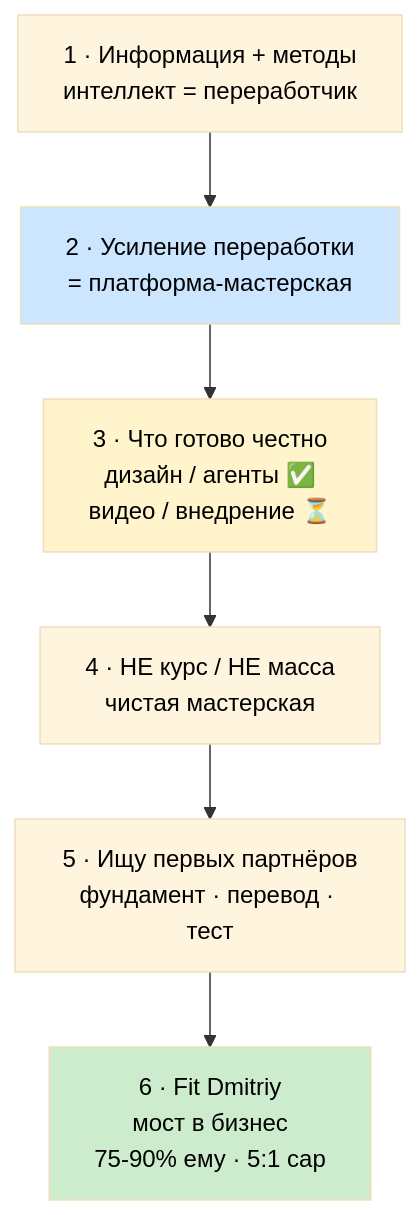
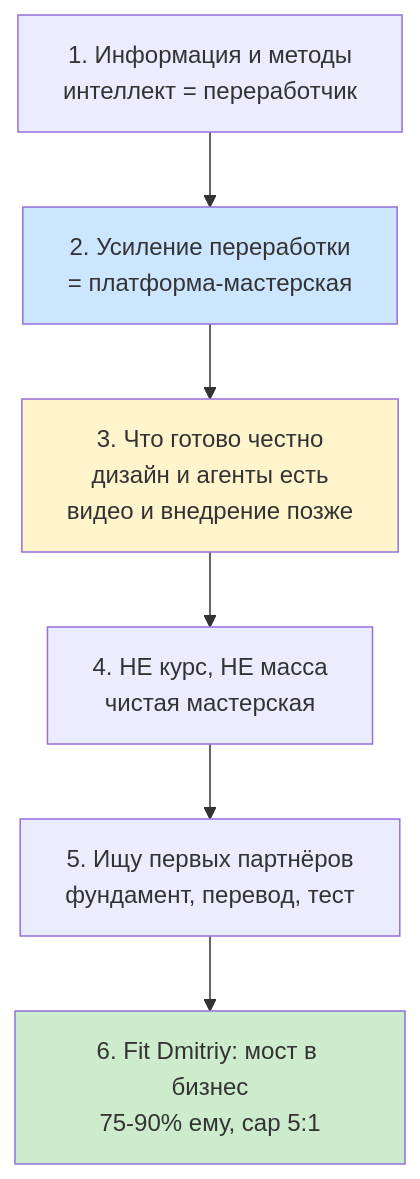
One commit to Bogersebekov/jetix-os changed the second of 5 diagrams in decisions/strategic/CALL-PLAN-DMITRIY-KAISER-2026-05-25.md. Above: the diagram before and after it, drawn with Mermaid. The commit also changed other lines of this file, not shown here.

Commit message:
[call-plan] Dmitriy Kaiser 25.05 — fix mermaid (drop init directive/emoji/unicode; validated 5/5 with mermaid v11)

````diff
--- a/decisions/strategic/CALL-PLAN-DMITRIY-KAISER-2026-05-25.md
+++ b/decisions/strategic/CALL-PLAN-DMITRIY-KAISER-2026-05-25.md
@@ -186,12 +185,11 @@
 ```mermaid
-%%{init: {'theme':'base', 'themeVariables': {'primaryTextColor':'#000','textColor':'#000','lineColor':'#333'}}}%%
 graph TD
-    A["1 · Информация + методы<br/>интеллект = переработчик"] --> B["2 · Усиление переработки<br/>= платформа-мастерская"]
-    B --> C["3 · Что готово честно<br/>дизайн / агенты ✅<br/>видео / внедрение ⏳"]
-    C --> D["4 · НЕ курс / НЕ масса<br/>чистая мастерская"]
-    D --> E["5 · Ищу первых партнёров<br/>фундамент · перевод · тест"]
-    E --> F["6 · Fit Dmitriy<br/>мост в бизнес<br/>75-90% ему · 5:1 cap"]
-    style B fill:#cce6ff,color:#000
-    style C fill:#fff4cc,color:#000
-    style F fill:#cdeccd,color:#000
+    A["1. Информация и методы<br/>интеллект = переработчик"] --> B["2. Усиление переработки<br/>= платформа-мастерская"]
+    B --> C["3. Что готово честно<br/>дизайн и агенты есть<br/>видео и внедрение позже"]
+    C --> D["4. НЕ курс, НЕ масса<br/>чистая мастерская"]
+    D --> E["5. Ищу первых партнёров<br/>фундамент, перевод, тест"]
+    E --> F["6. Fit Dmitriy: мост в бизнес<br/>75-90% ему, cap 5:1"]
+    style B fill:#cce6ff
+    style C fill:#fff4cc
+    style F fill:#cdeccd
 ```
````
